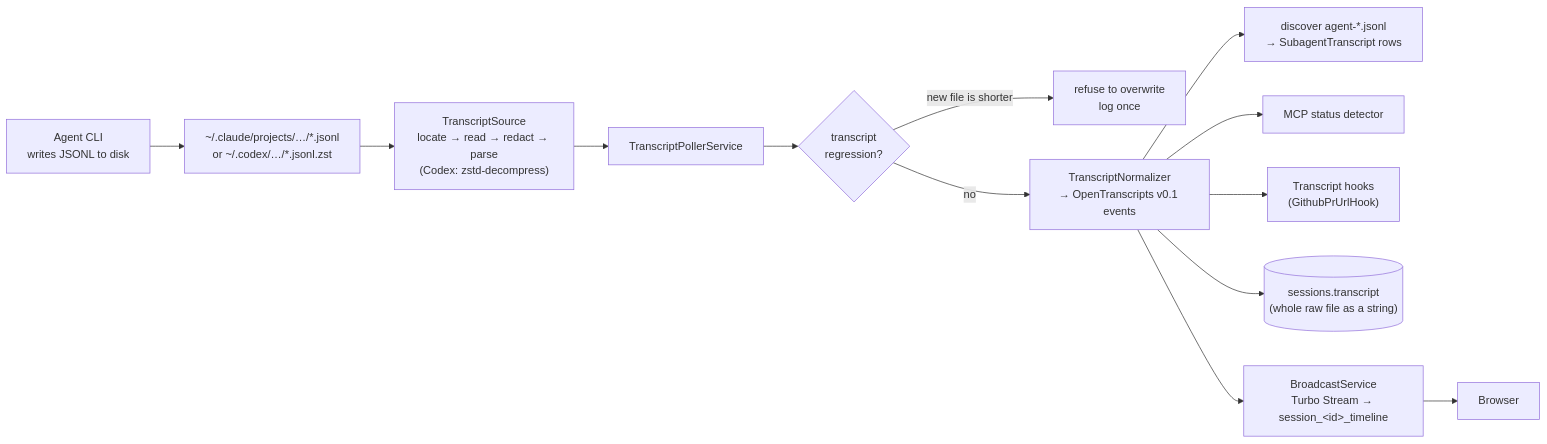
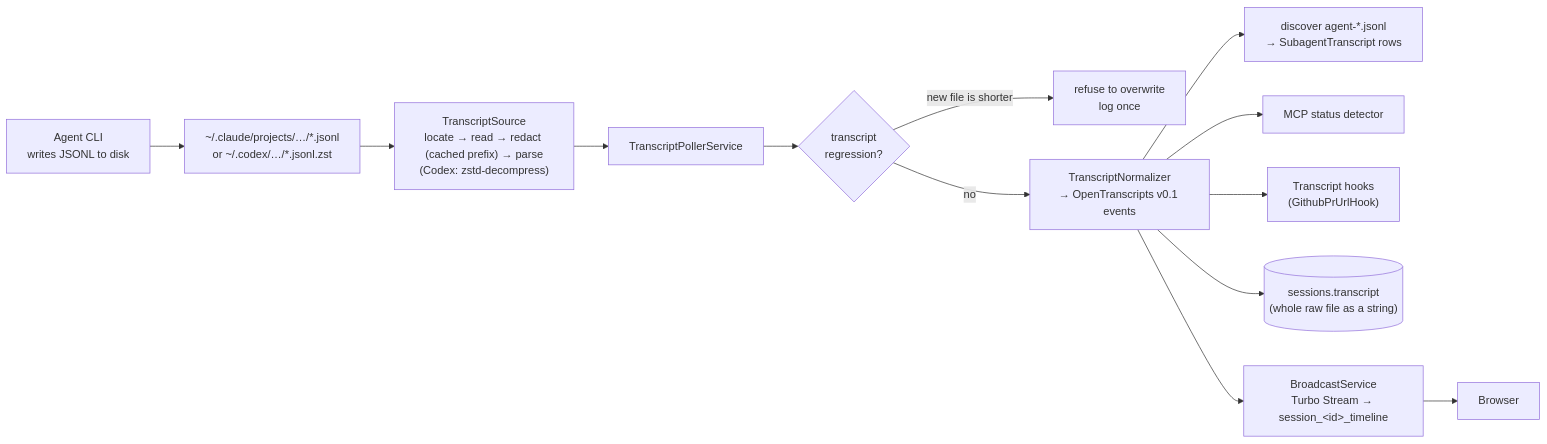
The diagram in docs/src/content/docs/sessions/transcripts.md (tadasant/zimmer), drawn with Mermaid before and after one commit. The commit also changed other lines of this file and 6 other files, not shown here.

````diff
--- a/docs/src/content/docs/sessions/transcripts.md
+++ b/docs/src/content/docs/sessions/transcripts.md
@@ -13,15 +13,15 @@
 ```mermaid
 flowchart LR
     CLI["Agent CLI<br/>writes JSONL to disk"] --> F["~/.claude/projects/…/*.jsonl<br/>or ~/.codex/…/*.jsonl.zst"]
-    F --> TS["TranscriptSource<br/>locate → read → redact → parse<br/>(Codex: zstd-decompress)"]
+    F --> TS["TranscriptSource<br/>locate → read → redact (cached prefix) → parse<br/>(Codex: zstd-decompress)"]
     TS --> TP["TranscriptPollerService"]
     TP --> RG{"transcript<br/>regression?"}
     RG -->|"new file is shorter"| SKIP["refuse to overwrite<br/>log once"]
     RG -->|no| NM["TranscriptNormalizer<br/>→ OpenTranscripts v0.1 events"]
     NM --> SUB["discover agent-*.jsonl<br/>→ SubagentTranscript rows"]
     NM --> MCP["MCP status detector"]
     NM --> HK["Transcript hooks<br/>(GithubPrUrlHook)"]
     NM --> DB[("sessions.transcript<br/>(whole raw file as a string)")]
     NM --> BC["BroadcastService<br/>Turbo Stream → session_&lt;id&gt;_timeline"]
     BC --> UI["Browser"]
 ```
````
